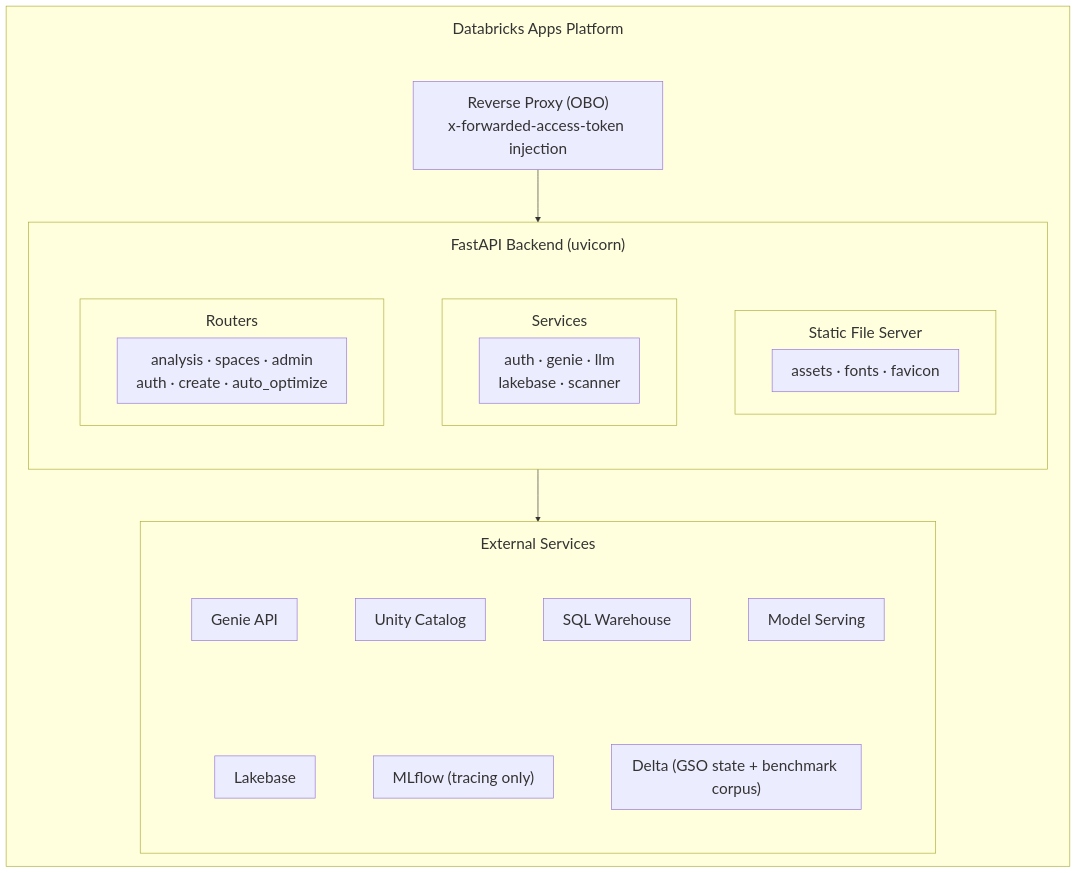
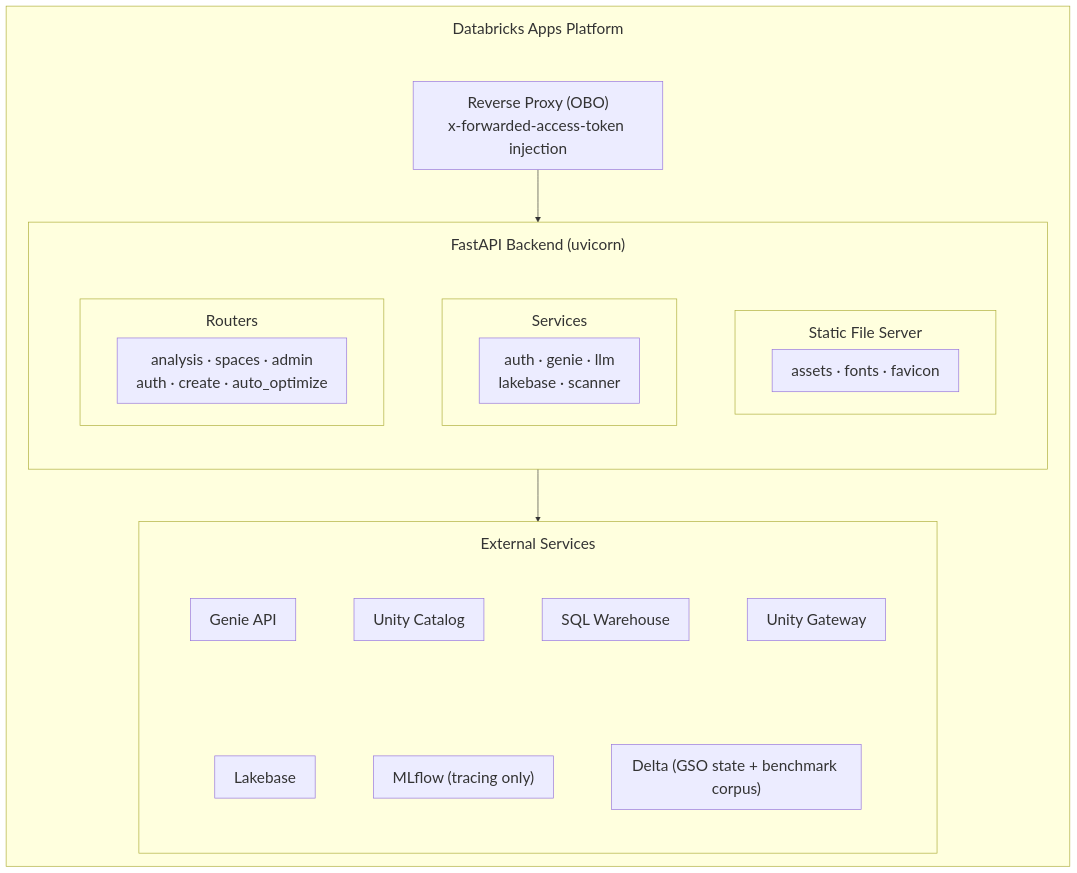
The diagram in docs/docs/getting-started/architecture-overview.md (databricks-solutions/databricks-genie-workbench), drawn with Mermaid before and after one commit. The commit also changed other lines of this file and 40 other files, not shown here.

````diff
--- a/docs/docs/getting-started/architecture-overview.md
+++ b/docs/docs/getting-started/architecture-overview.md
@@ -12,50 +12,50 @@
 ```mermaid
 %%{init: {'flowchart': {'wrappingWidth': 330, 'rankSpacing': 16, 'subGraphTitleMargin': {'top': 16, 'bottom': 10}}, 'themeVariables': {'fontSize': '24px'}}}%%
 flowchart TB
     subgraph platform["Databricks Apps Platform"]
         direction TB
         pTop[" "]
         proxy["Reverse Proxy (OBO)<br/>x-forwarded-access-token injection"]
         subgraph backend["FastAPI Backend (uvicorn)"]
             direction TB
             subgraph bRow[" "]
                 direction LR
                 subgraph bRouters["Routers"]
                     rContent["analysis · spaces · admin<br/>auth · create · auto_optimize"]
                 end
                 subgraph bServices["Services"]
                     sContent["auth · genie · llm<br/>lakebase · scanner"]
                 end
                 subgraph bStatic["Static File Server"]
                     stContent["assets · fonts · favicon"]
                 end
                 bRouters ~~~ bServices ~~~ bStatic
             end
         end
         subgraph ext["External Services"]
             direction TB
             subgraph eRow1[" "]
                 direction LR
-                genie["Genie API"] ~~~ uc["Unity Catalog"] ~~~ wh["SQL Warehouse"] ~~~ ms["Model Serving"]
+                genie["Genie API"] ~~~ uc["Unity Catalog"] ~~~ wh["SQL Warehouse"] ~~~ ms["Unity Gateway"]
             end
             subgraph eRow2[" "]
                 direction LR
                 lb["Lakebase"] ~~~ mlflow["MLflow (tracing only)"] ~~~ delta["Delta (GSO state + benchmark corpus)"]
             end
             eRow1 ~~~ eRow2
         end
         pTop ~~~ proxy
         proxy ---> backend
         backend ---> ext
     end
 
     style bRow fill:none,stroke:none
     style pTop fill:none,stroke:none
     style eRow1 fill:none,stroke:none
     style eRow2 fill:none,stroke:none
 
     class platform gw-l0
     class backend,ext gw-l1
     class bRouters,bServices,bStatic gw-l2
     class proxy,rContent,sContent,stContent,genie,uc,wh,ms,lb,mlflow,delta gw-node
 ```
````
